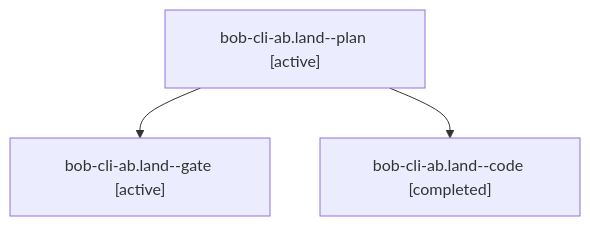
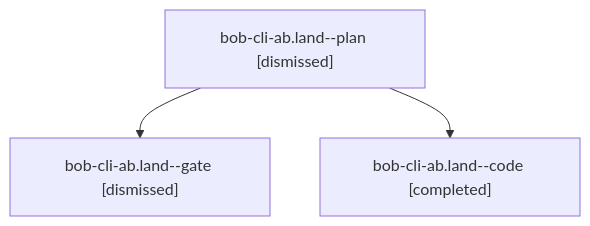
Before and after one commit to bobs-org/bob-cli--agents: the diagram in sessions/bbugyi200.apollo.bob-cli-ab.land.md, drawn with Mermaid. The commit also changed other lines of this file and 225 other files, not shown here.

````diff
--- a/sessions/bbugyi200.apollo.bob-cli-ab.land.md
+++ b/sessions/bbugyi200.apollo.bob-cli-ab.land.md
@@ -9,8 +9,8 @@
 ```mermaid
 flowchart TD
-  n0["bob-cli-ab.land--plan [active]"]
-  n1["bob-cli-ab.land--gate [active]"]
+  n0["bob-cli-ab.land--plan [dismissed]"]
+  n1["bob-cli-ab.land--gate [dismissed]"]
   n0 --> n1
   n2["bob-cli-ab.land--code [completed]"]
   n0 --> n2
 ```
````
